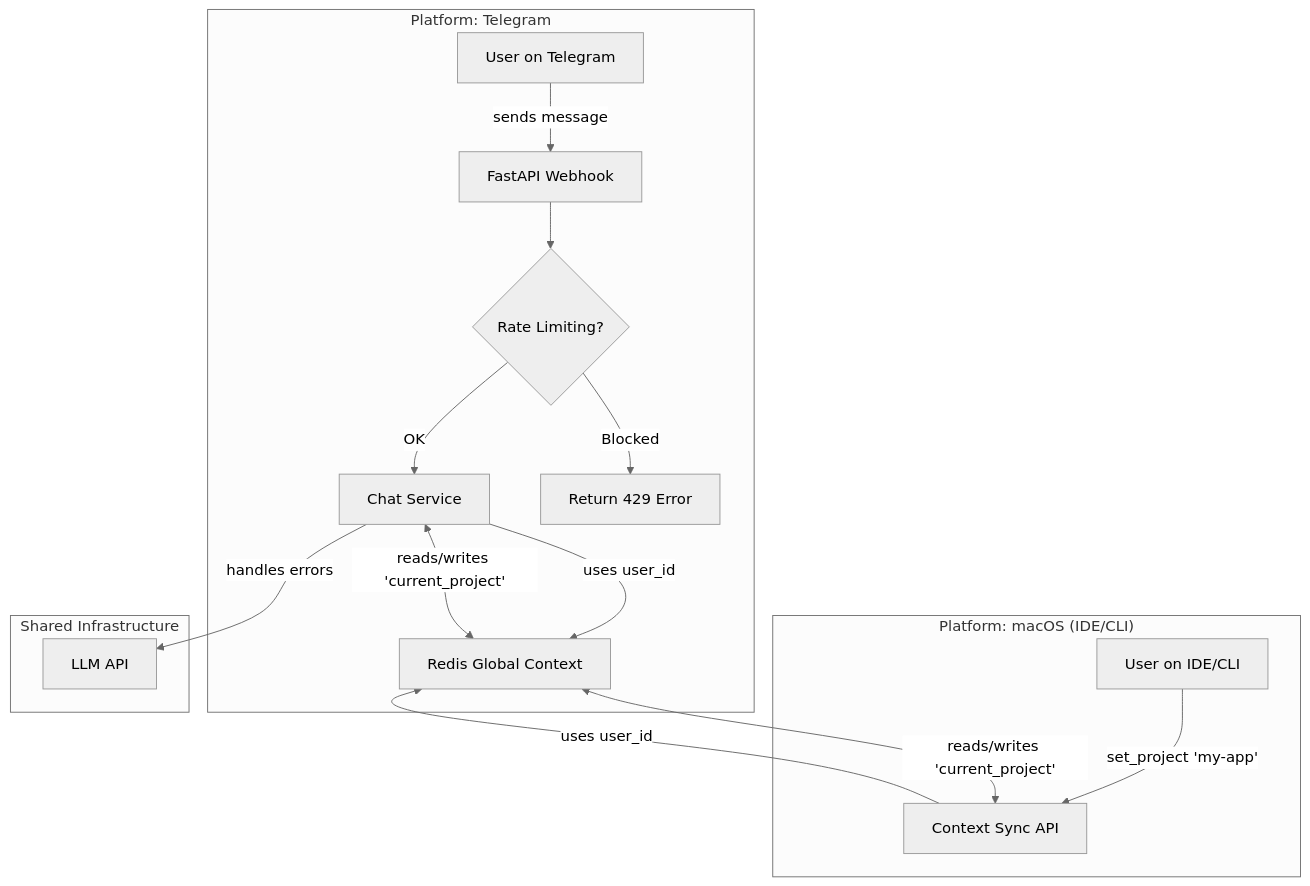
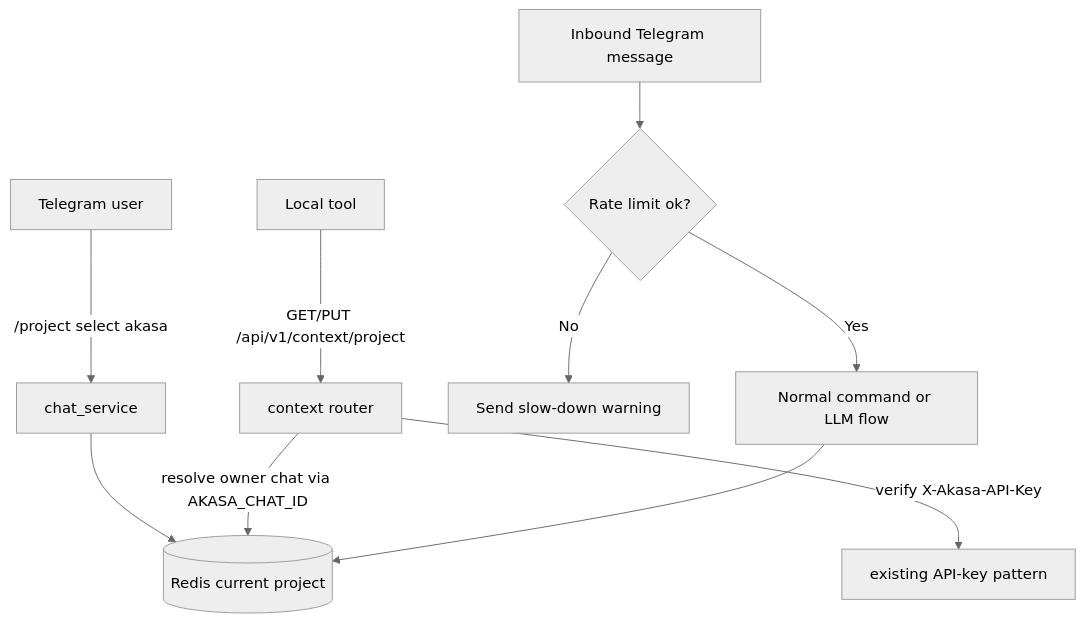
One commit to oatrice/Akasa changed the diagram in docs/features/23_issue-10-37_phase-2-rate-limiting-error-handling-feature-unified-user-session-multi-platform-context-sync-telegram-macos/analysis.md. Above: the diagram before and after it, drawn with Mermaid (neutral theme). The commit also changed other lines of this file and 3 other files, not shown here.

````diff
--- a/docs/features/23_issue-10-37_phase-2-rate-limiting-error-handling-feature-unified-user-session-multi-platform-context-sync-telegram-macos/analysis.md
+++ b/docs/features/23_issue-10-37_phase-2-rate-limiting-error-handling-feature-unified-user-session-multi-platform-context-sync-telegram-macos/analysis.md
@@ -52,21 +68,14 @@
 ```mermaid
 flowchart TD
-    subgraph "Platform: Telegram"
-        U_TG[User on Telegram] -->|sends message| TG_API[FastAPI Webhook]
-        TG_API --> RL_MW{Rate Limiting?}
-        RL_MW -->|OK| ChatSvc[Chat Service]
-        RL_MW -->|Blocked| Blocked[Return 429 Error]
-        ChatSvc -->|uses user_id| Redis[Redis Global Context]
-    end
+    TG[Telegram user] -->|/project select akasa| CHAT[chat_service]
+    CHAT --> REDIS[(Redis current project)]
 
-    subgraph "Platform: macOS (IDE/CLI)"
-        U_CLI[User on IDE/CLI] -->|set_project 'my-app'| SyncAPI[Context Sync API]
-        SyncAPI -->|uses user_id| Redis
-    end
+    LOCAL[Local tool] -->|GET/PUT /api/v1/context/project| CTX[context router]
+    CTX -->|verify X-Akasa-API-Key| AUTH[existing API-key pattern]
+    CTX -->|resolve owner chat via AKASA_CHAT_ID| REDIS
 
-    subgraph "Shared Infrastructure"
-        Redis <-->|reads/writes 'current_project'| ChatSvc
-        Redis <-->|reads/writes 'current_project'| SyncAPI
-        ChatSvc -->|handles errors| LLM[LLM API]
-    end
+    TGMSG[Inbound Telegram message] --> RL{Rate limit ok?}
+    RL -->|No| WARN[Send slow-down warning]
+    RL -->|Yes| LLMFLOW[Normal command or LLM flow]
+    LLMFLOW --> REDIS
 ```
````
